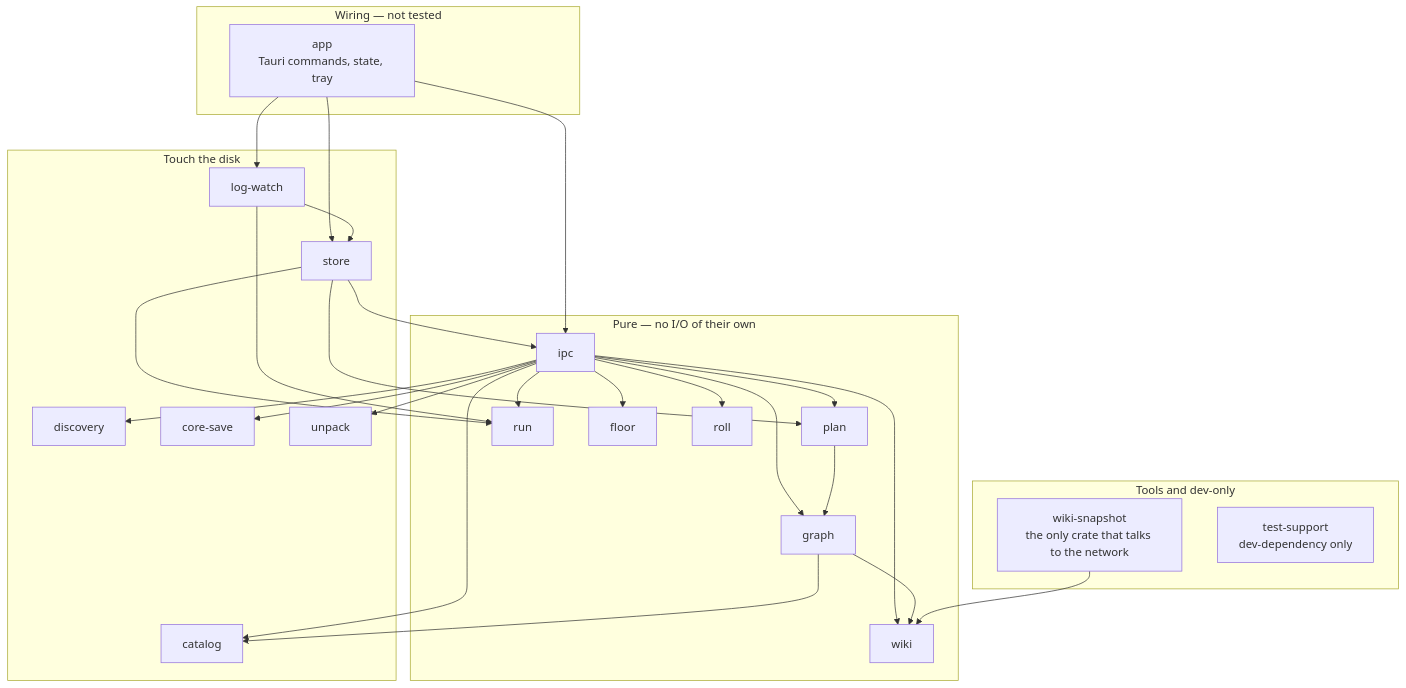
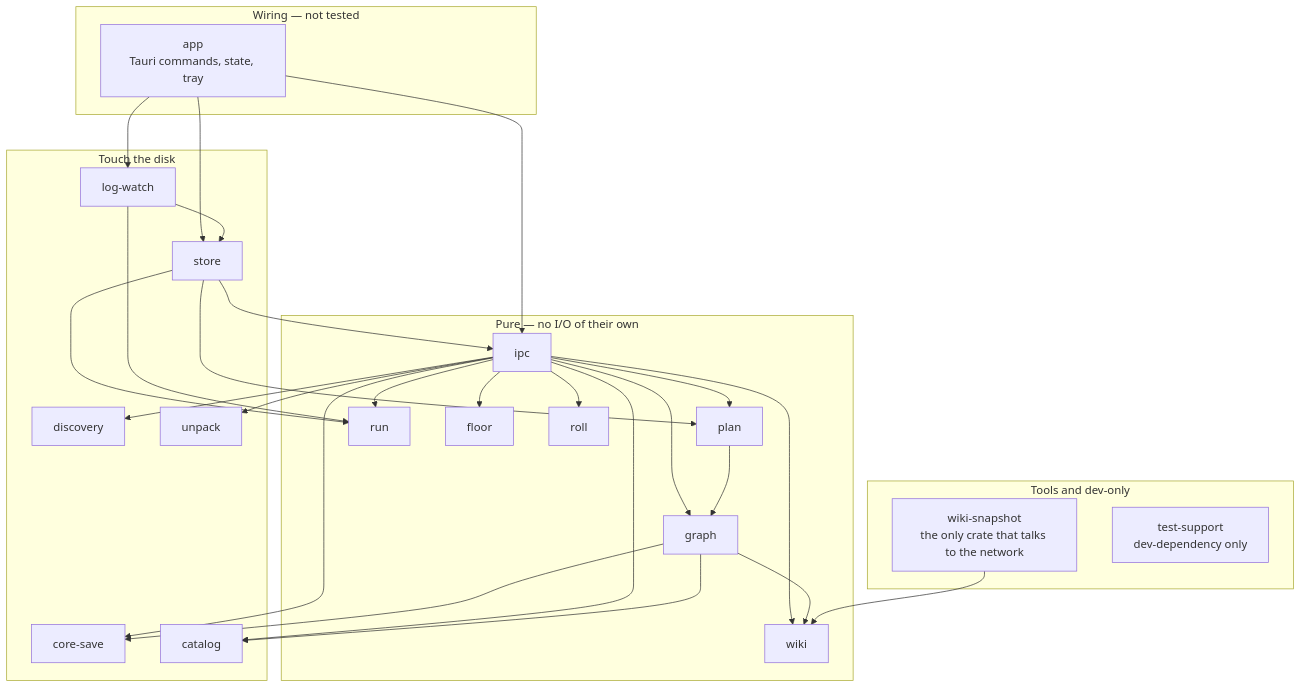
The second of 4 diagrams in docs/architecture.md (DomenghiniStefano/isaac-dome), drawn with Mermaid before and after one commit. The commit also changed other lines of this file and 24 other files, not shown here.

````diff
--- a/docs/architecture.md
+++ b/docs/architecture.md
@@ -157,58 +157,59 @@
 ```mermaid
 flowchart TD
   subgraph wiring["Wiring — not tested"]
     app["app<br/>Tauri commands, state, tray"]
   end
 
   subgraph io["Touch the disk"]
     discovery["discovery"]
     coresave["core-save"]
     unpack["unpack"]
     catalog["catalog"]
     logwatch["log-watch"]
     store["store"]
   end
 
   subgraph purecrates["Pure — no I/O of their own"]
     ipc["ipc"]
     graphc["graph"]
     plan["plan"]
     runc["run"]
     floor["floor"]
     wiki["wiki"]
     rollc["roll"]
   end
 
   subgraph aside["Tools and dev-only"]
     wikisnap["wiki-snapshot<br/>the only crate that talks to the network"]
     testsupport["test-support<br/>dev-dependency only"]
   end
 
   app --> ipc
   app --> store
   app --> logwatch
 
   ipc --> discovery
   ipc --> coresave
   ipc --> unpack
   ipc --> catalog
   ipc --> runc
   ipc --> graphc
   ipc --> plan
   ipc --> floor
   ipc --> wiki
   ipc --> rollc
 
   store --> ipc
   store --> runc
   store --> plan
 
   logwatch --> runc
   logwatch --> store
 
   graphc --> catalog
   graphc --> wiki
+  graphc --> coresave
   plan --> graphc
 
   wikisnap --> wiki
 ```
````
